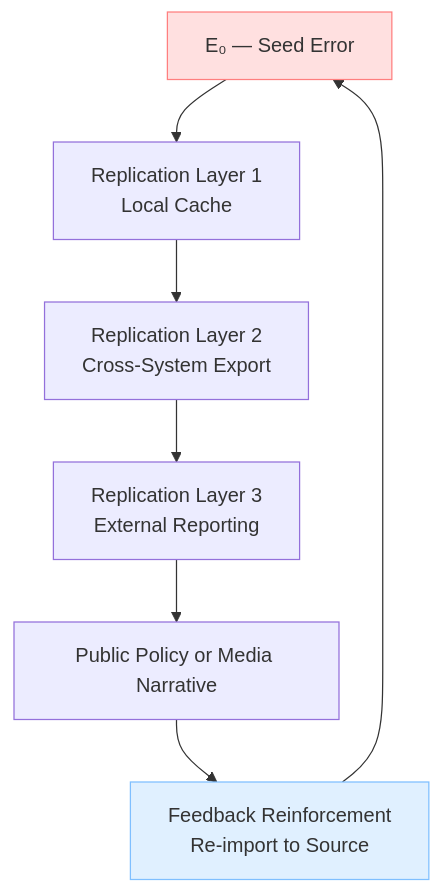
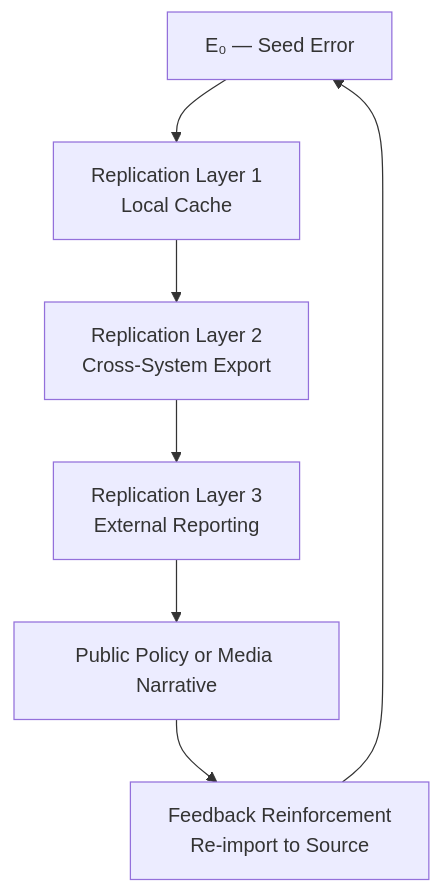
Before and after one commit to josefsbreakfast/Polaris-Protocol: the diagram in Metadata_Sabotage_Network/Narrative_And_Psych_Ops/👹_Fork_Behaviour_Containment/🧪_when_fork_errors_replicate_themselves.md, drawn with Mermaid.

Commit message:
Update diagram styles in fork error replication
Removed styling from nodes A and F in the diagram illustrating the containment cascade.

````diff
--- a/Metadata_Sabotage_Network/Narrative_And_Psych_Ops/👹_Fork_Behaviour_Containment/🧪_when_fork_errors_replicate_themselves.md
+++ b/Metadata_Sabotage_Network/Narrative_And_Psych_Ops/👹_Fork_Behaviour_Containment/🧪_when_fork_errors_replicate_themselves.md
@@ -46,11 +46,10 @@
 ```mermaid
 flowchart TD
   A[E₀ — Seed Error] --> B[Replication Layer 1<br>Local Cache]
   B --> C[Replication Layer 2<br>Cross-System Export]
   C --> D[Replication Layer 3<br>External Reporting]
   D --> E[Public Policy or Media Narrative]
   E --> F[Feedback Reinforcement<br>Re-import to Source]
   F --> A
-  style A fill:#ffe0e0,stroke:#ff7f7f
-  style F fill:#e0f0ff,stroke:#7fbfff
+
 ```
````
